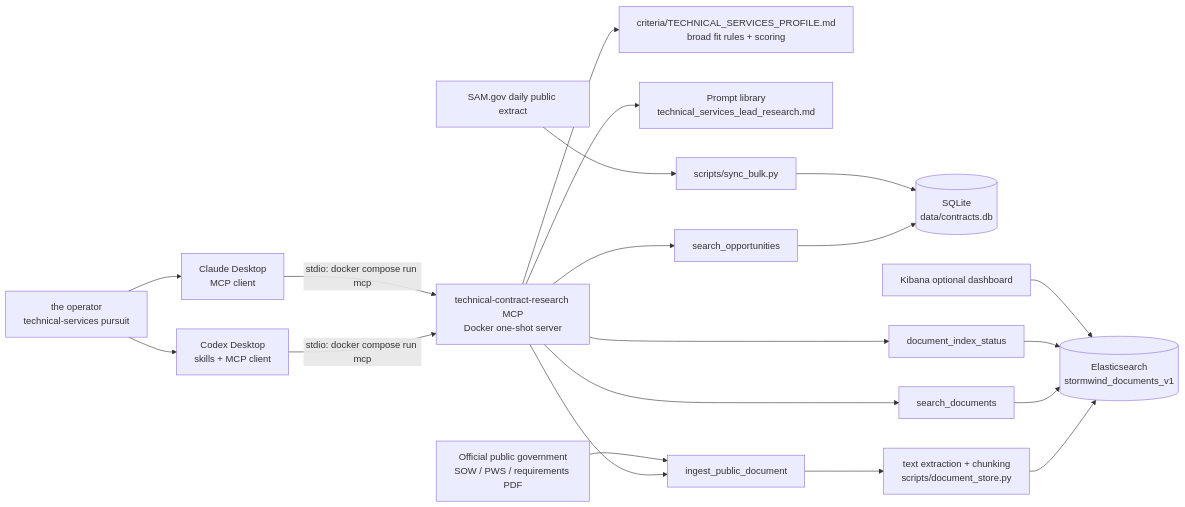
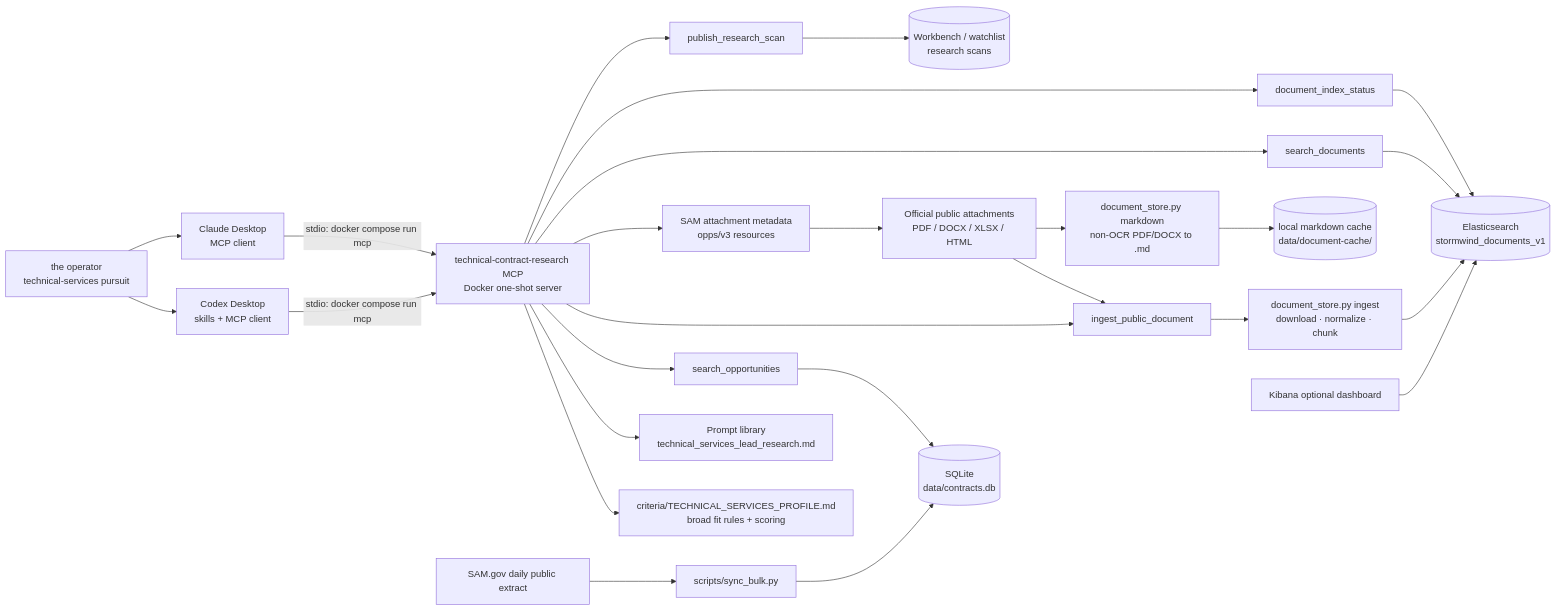
One commit to TheGerberBaby/SW_Sam.gov_Auto_Searcher changed the first of 3 diagrams in docs/ARCHITECTURE.md. Above: the diagram before and after it, drawn with Mermaid. The commit also changed other lines of this file and 8 other files, not shown here.

Commit message:
add public attachment markdown workflow

````diff
--- a/docs/ARCHITECTURE.md
+++ b/docs/ARCHITECTURE.md
@@ -5,27 +5,33 @@
 ```mermaid
 flowchart LR
     U["the operator<br/>technical-services pursuit"] --> C["Codex Desktop<br/>skills + MCP client"]
     U --> D["Claude Desktop<br/>MCP client"]
 
     C -->|stdio: docker compose run mcp| M["technical-contract-research MCP<br/>Docker one-shot server"]
     D -->|stdio: docker compose run mcp| M
 
     M --> P["criteria/TECHNICAL_SERVICES_PROFILE.md<br/>broad fit rules + scoring"]
     M --> Q["Prompt library<br/>technical_services_lead_research.md"]
 
     M --> O["search_opportunities"]
     O --> S[("SQLite<br/>data/contracts.db")]
     B["SAM.gov daily public extract"] --> R["scripts/sync_bulk.py"]
     R --> S
 
     M --> I["ingest_public_document"]
-    G["Official public government<br/>SOW / PWS / requirements PDF"] --> I
-    I --> X["text extraction + chunking<br/>scripts/document_store.py"]
+    M --> A["SAM attachment metadata<br/>opps/v3 resources"]
+    A --> G["Official public attachments<br/>PDF / DOCX / XLSX / HTML"]
+    G --> I
+    G --> MD["document_store.py markdown<br/>non-OCR PDF/DOCX to .md"]
+    I --> X["document_store.py ingest<br/>download · normalize · chunk"]
+    MD --> CACHED[("local markdown cache<br/>data/document-cache/")]
     X --> E[("Elasticsearch<br/>stormwind_documents_v1")]
 
     M --> F["search_documents"]
     M --> H["document_index_status"]
+    M --> W["publish_research_scan"]
     F --> E
     H --> E
+    W --> WB[("Workbench / watchlist<br/>research scans")]
     K["Kibana optional dashboard"] --> E
 ```
````
